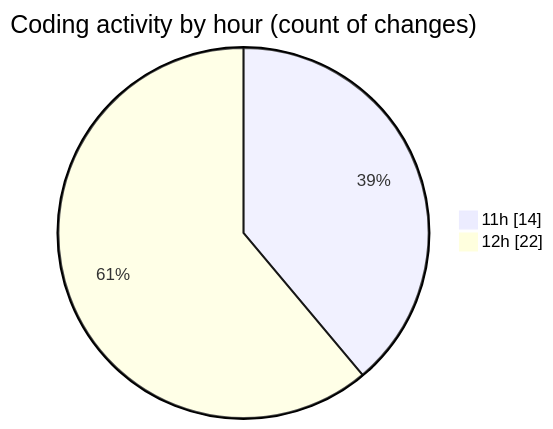
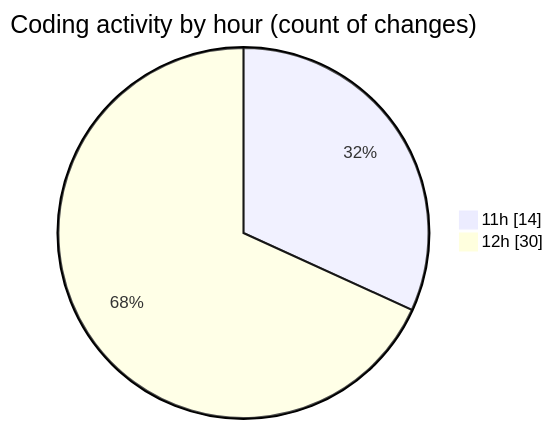
One commit to nxtqubesakshisongat/code-tracking changed the second of 2 diagrams in 2025-08-28/nxtqube_webapp/README.md. Above: the diagram before and after it, drawn with Mermaid. The commit also changed other lines of this file and 1 other file, not shown here.

````diff
--- a/2025-08-28/nxtqube_webapp/README.md
+++ b/2025-08-28/nxtqube_webapp/README.md
@@ -33,6 +34,6 @@
 ```mermaid
 pie showData
 title Coding activity by hour (count of changes)
 "11h" : 14
-"12h" : 22
+"12h" : 30
 ```
````
